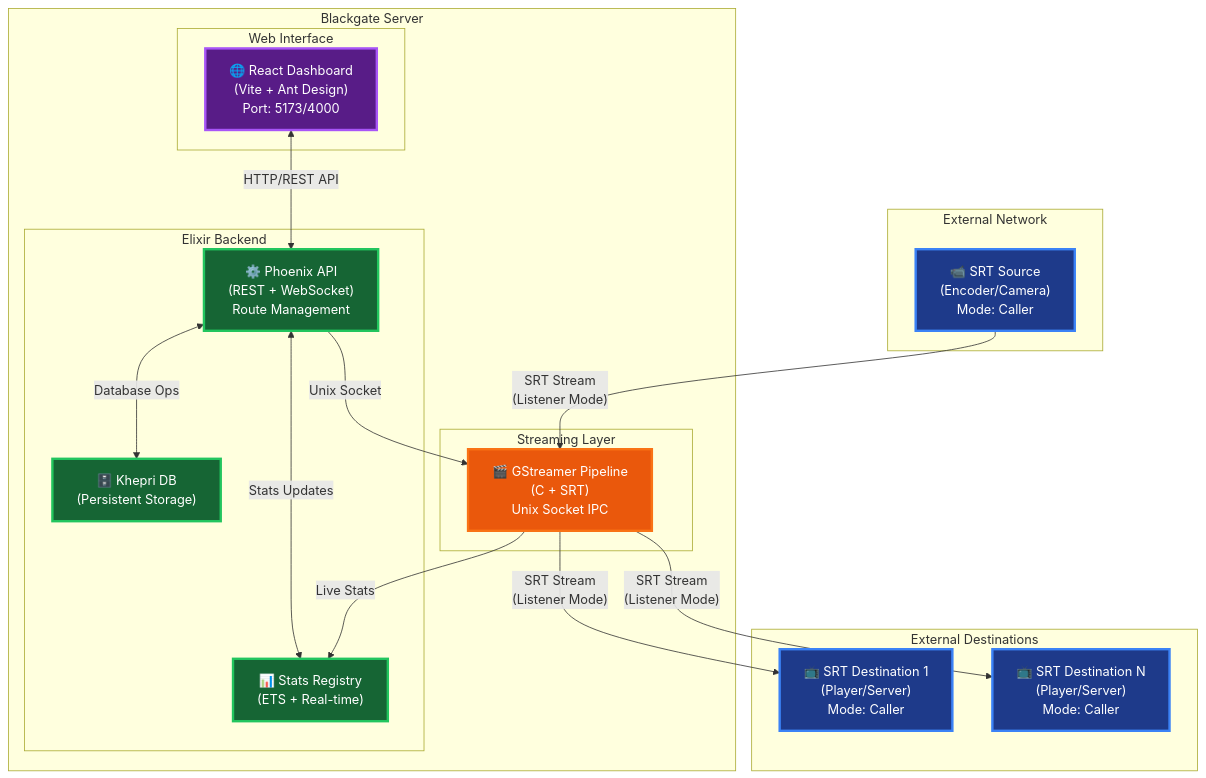
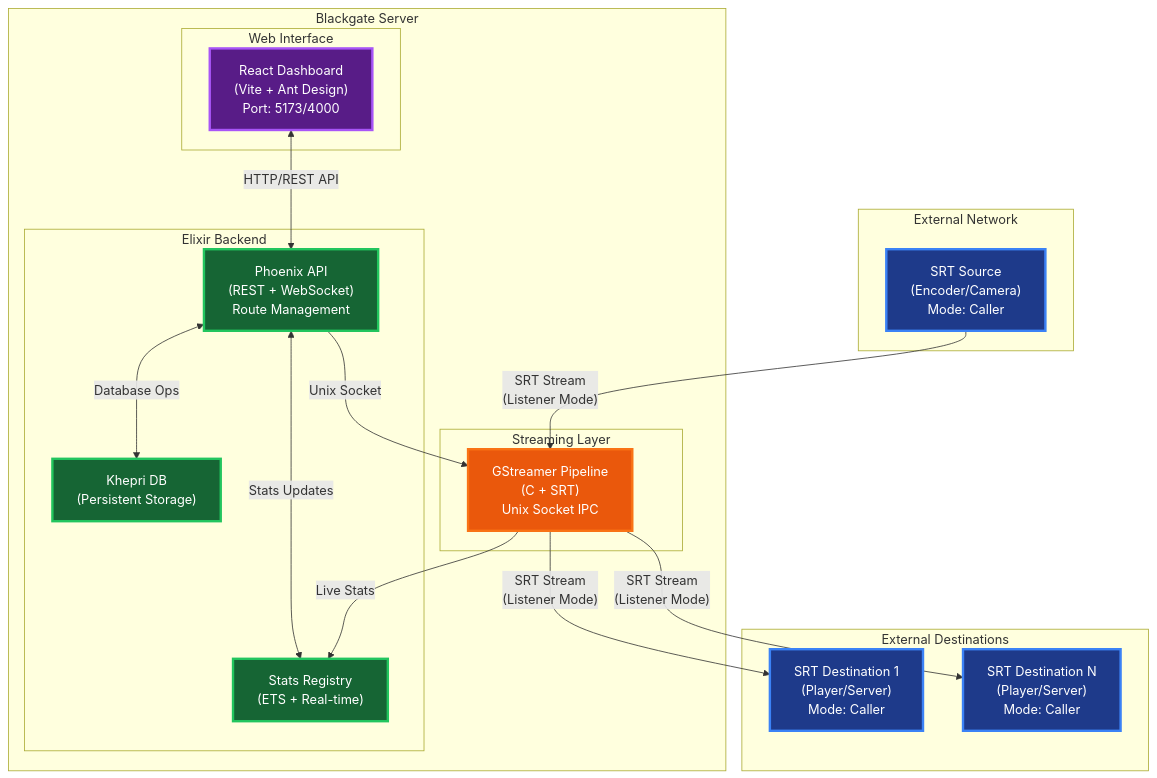
The first of 2 diagrams in README.md (visual-alchemy/blackgate-project), drawn with Mermaid before and after one commit. The commit also changed other lines of this file and 5 other files, not shown here.

````diff
--- a/README.md
+++ b/README.md
@@ -80,50 +63,47 @@
 ```mermaid
 graph TB
     subgraph "External Network"
-        A["📹 SRT Source<br/>(Encoder/Camera)<br/>Mode: Caller"]
+        A["SRT Source<br/>(Encoder/Camera)<br/>Mode: Caller"]
     end
     
     subgraph "Blackgate Server"
         subgraph "Web Interface"
-            B["🌐 React Dashboard<br/>(Vite + Ant Design)<br/>Port: 5173/4000"]
+            B["React Dashboard<br/>(Vite + Ant Design)<br/>Port: 5173/4000"]
         end
         
         subgraph "Elixir Backend"
-            C["⚙️ Phoenix API<br/>(REST + WebSocket)<br/>Route Management"]
-            D["📊 Stats Registry<br/>(ETS + Real-time)"]
-            E["🗄️ Khepri DB<br/>(Persistent Storage)"]
+            C["Phoenix API<br/>(REST + WebSocket)<br/>Route Management"]
+            D["Stats Registry<br/>(ETS + Real-time)"]
+            E["Khepri DB<br/>(Persistent Storage)"]
         end
         
         subgraph "Streaming Layer"
-            F["🎬 GStreamer Pipeline<br/>(C + SRT)<br/>Unix Socket IPC"]
+            F["GStreamer Pipeline<br/>(C + SRT)<br/>Unix Socket IPC"]
         end
     end
     
     subgraph "External Destinations"
-        G["📺 SRT Destination 1<br/>(Player/Server)<br/>Mode: Caller"]
-        H["📺 SRT Destination N<br/>(Player/Server)<br/>Mode: Caller"]
+        G["SRT Destination 1<br/>(Player/Server)<br/>Mode: Caller"]
+        H["SRT Destination N<br/>(Player/Server)<br/>Mode: Caller"]
     end
     
-    %% Data Flow
     A -->|"SRT Stream<br/>(Listener Mode)"| F
     F -->|"SRT Stream<br/>(Listener Mode)"| G
     F -->|"SRT Stream<br/>(Listener Mode)"| H
     
-    %% Control Flow
     B <-->|"HTTP/REST API"| C
     C <-->|"Database Ops"| E
     C <-->|"Stats Updates"| D
     C -->|"Unix Socket"| F
     F -->|"Live Stats"| D
     
-    %% Styling
     classDef external fill:#1e3a8a,stroke:#3b82f6,stroke-width:3px,color:#ffffff
     classDef ui fill:#581c87,stroke:#a855f7,stroke-width:3px,color:#ffffff
     classDef backend fill:#166534,stroke:#22c55e,stroke-width:3px,color:#ffffff
     classDef streaming fill:#ea580c,stroke:#f97316,stroke-width:3px,color:#ffffff
     
     class A,G,H external
     class B ui
     class C,D,E backend
     class F streaming
 ```
````
